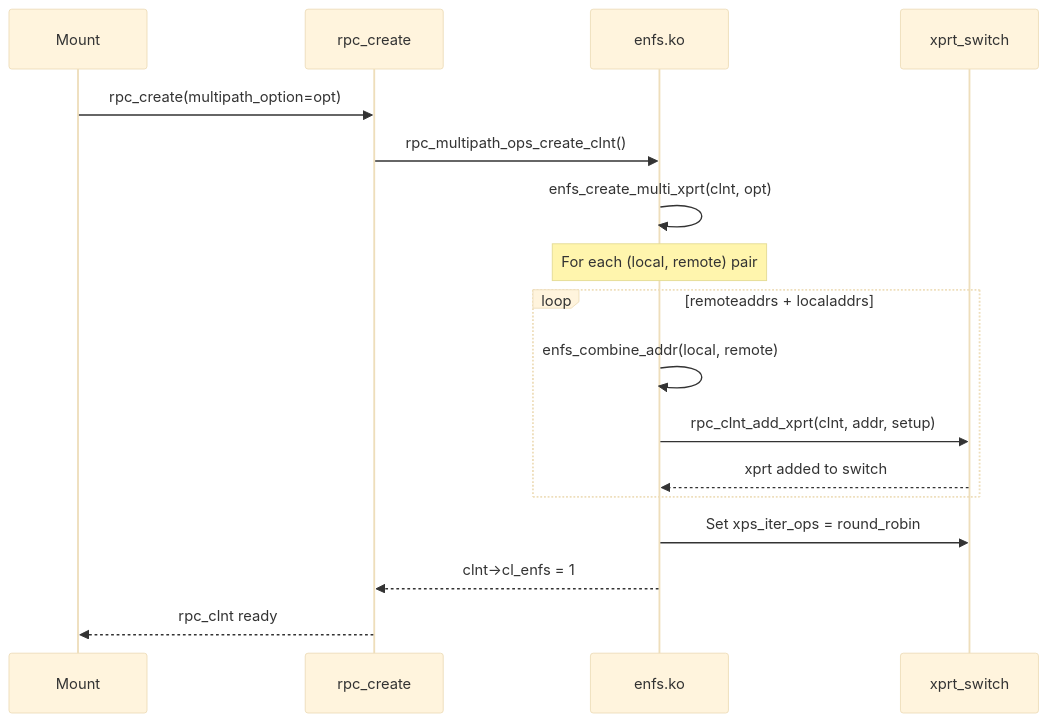
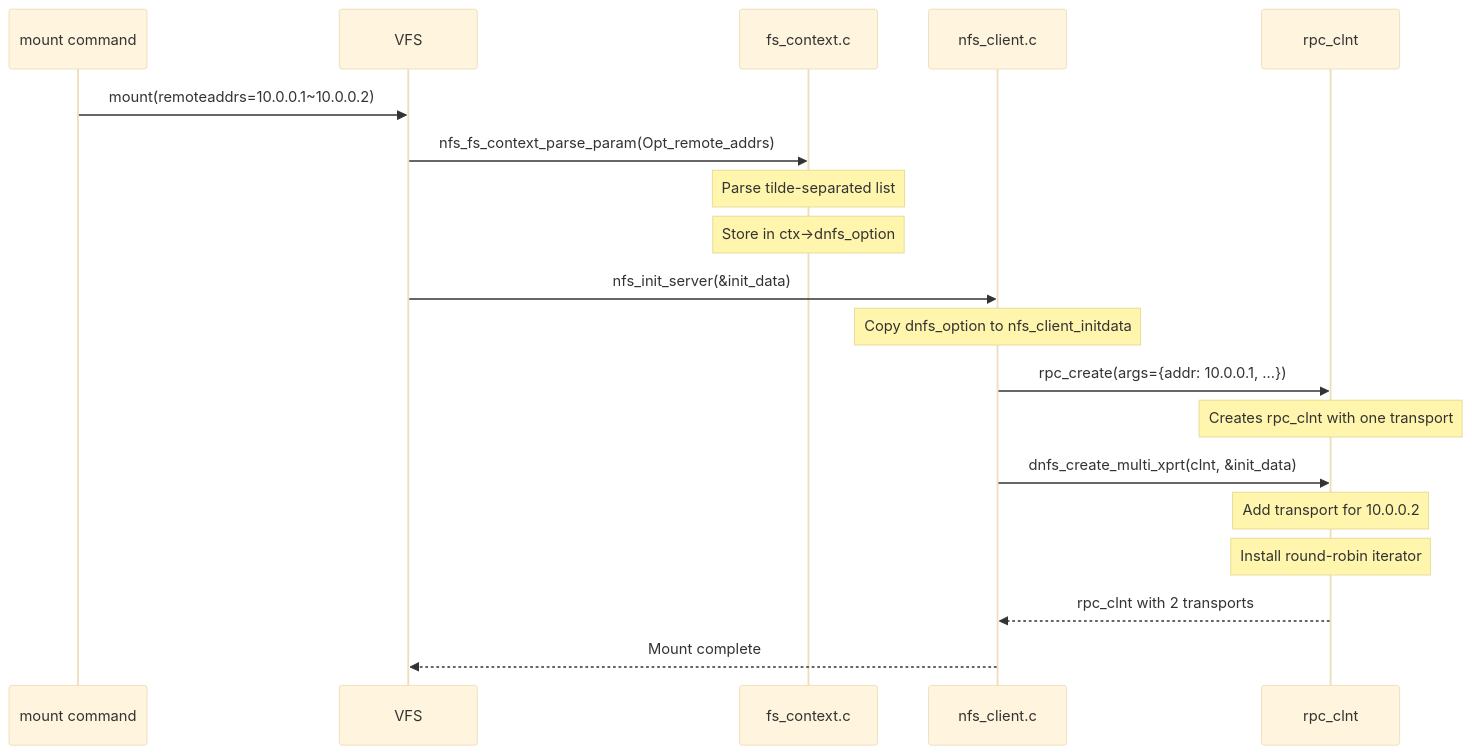
The diagram in docs/nfs-ebook/ch08-dnfs-design.md (darrenstarr/dnfs), drawn with Mermaid (base theme) before and after one commit. The commit also changed other lines of this file and 9 other files, not shown here.

````diff
--- a/docs/nfs-ebook/ch08-dnfs-design.md
+++ b/docs/nfs-ebook/ch08-dnfs-design.md
@@ -154,19 +106,26 @@
 ```mermaid
 sequenceDiagram
-    participant M as Mount
-    participant C as rpc_create
-    participant E as enfs.ko
-    participant X as xprt_switch
-    M->>C: rpc_create(multipath_option=opt)
-    C->>E: rpc_multipath_ops_create_clnt()
-    E->>E: enfs_create_multi_xprt(clnt, opt)
-    Note over E: For each (local, remote) pair
-    loop remoteaddrs + localaddrs
-        E->>E: enfs_combine_addr(local, remote)
-        E->>X: rpc_clnt_add_xprt(clnt, addr, setup)
-        X-->>E: xprt added to switch
-    end
-    E->>X: Set xps_iter_ops = round_robin
-    E-->>C: clnt->cl_enfs = 1
-    C-->>M: rpc_clnt ready
+    participant MOUNT as mount command
+    participant VFS as VFS
+    participant FC as fs_context.c
+    participant NFS as nfs_client.c
+    participant RPC as rpc_clnt
+    
+    MOUNT->>VFS: mount(remoteaddrs=10.0.0.1~10.0.0.2)
+    VFS->>FC: nfs_fs_context_parse_param(Opt_remote_addrs)
+    Note over FC: Parse tilde-separated list
+    Note over FC: Store in ctx->dnfs_option
+    
+    VFS->>NFS: nfs_init_server(&init_data)
+    Note over NFS: Copy dnfs_option to nfs_client_initdata
+    
+    NFS->>RPC: rpc_create(args={addr: 10.0.0.1, ...})
+    Note over RPC: Creates rpc_clnt with one transport
+    
+    NFS->>RPC: dnfs_create_multi_xprt(clnt, &init_data)
+    Note over RPC: Add transport for 10.0.0.2
+    Note over RPC: Install round-robin iterator
+    
+    RPC-->>NFS: rpc_clnt with 2 transports
+    NFS-->>VFS: Mount complete
 ```
````
